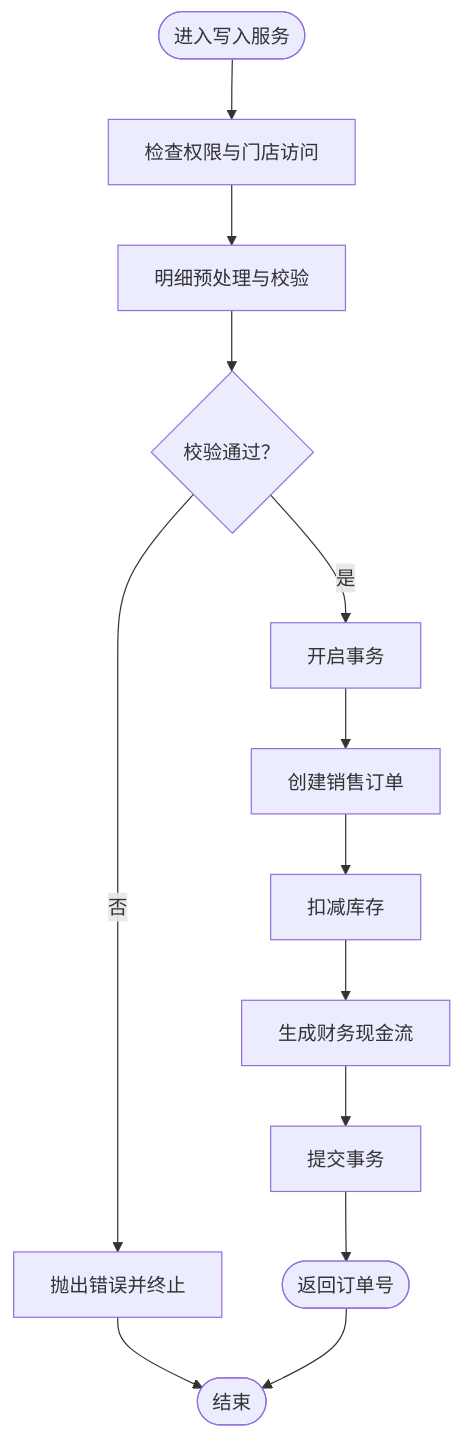
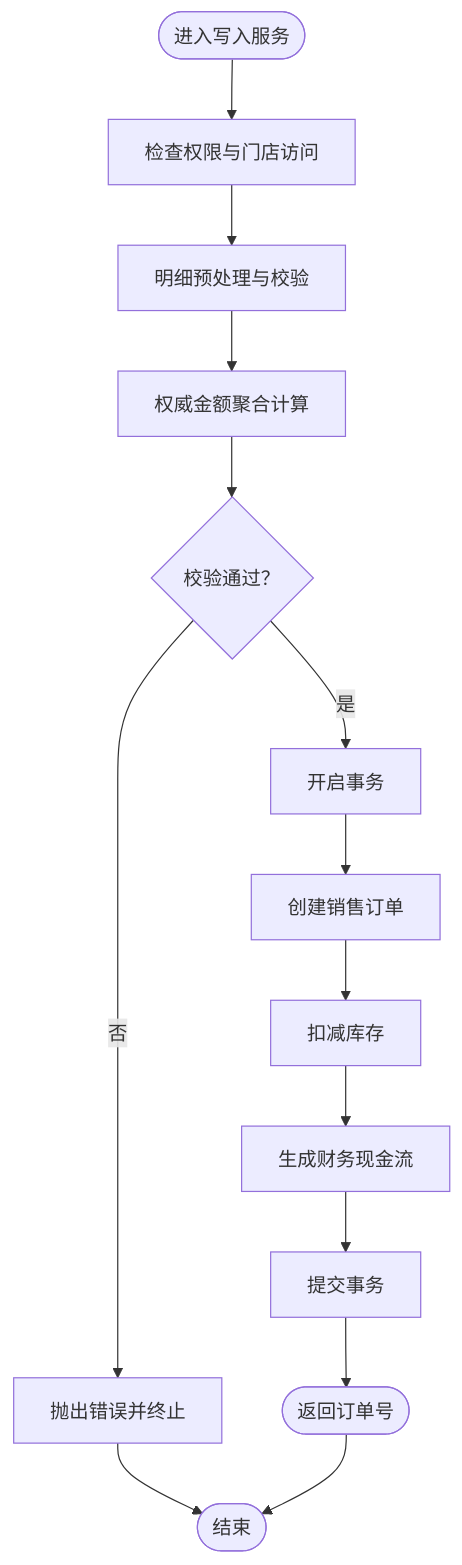
One commit to rc558620/purelyprofit-server changed the third of 6 diagrams in .qoder/repowiki/zh/content/业务模块/运营管理模块/销售管理.md. Above: the diagram before and after it, drawn with Mermaid. The commit also changed other lines of this file and 12 other files, not shown here.

````diff
--- a/.qoder/repowiki/zh/content/业务模块/运营管理模块/销售管理.md
+++ b/.qoder/repowiki/zh/content/业务模块/运营管理模块/销售管理.md
@@ -185,15 +216,16 @@
 ```mermaid
 flowchart TD
 Start(["进入写入服务"]) --> CheckPerm["检查权限与门店访问"]
 CheckPerm --> Prepare["明细预处理与校验"]
-Prepare --> Valid{"校验通过？"}
+Prepare --> Amounts["权威金额聚合计算"]
+Amounts --> Valid{"校验通过？"}
 Valid -- 否 --> Abort["抛出错误并终止"]
 Valid -- 是 --> Txn["开启事务"]
 Txn --> CreateOrder["创建销售订单"]
 CreateOrder --> DeductInv["扣减库存"]
 DeductInv --> RecordCash["生成财务现金流"]
 RecordCash --> Commit["提交事务"]
 Commit --> Done(["返回订单号"])
 Abort --> End(["结束"])
 Done --> End
 ```
````
